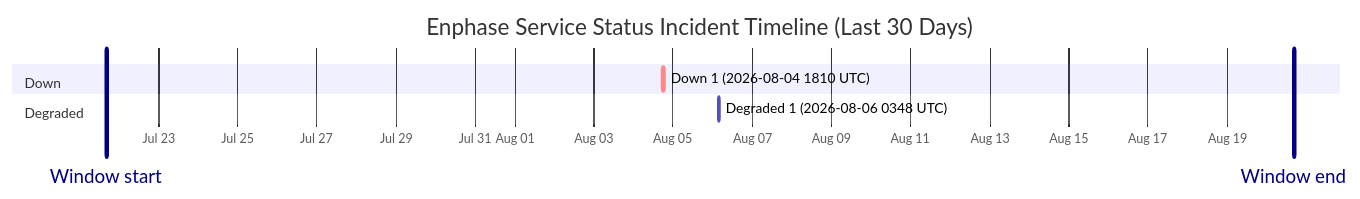
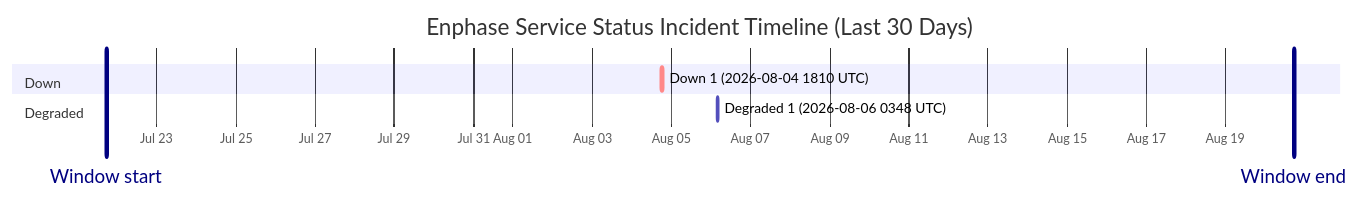
The diagram in wiki/Service-Status-History.md (barneyonline/ha-enphase-energy), drawn with Mermaid before and after one commit. The commit also changed other lines of this file and 3 other files, not shown here.

````diff
--- a/wiki/Service-Status-History.md
+++ b/wiki/Service-Status-History.md
@@ -14,12 +14,12 @@
 ```mermaid
 gantt
     title Enphase Service Status Incident Timeline (Last 30 Days)
     dateFormat  YYYY-MM-DDTHH:mm:ss
     axisFormat  %b %d
-    Window start :vert, window-start, 2026-07-21T16:32:34, 0ms
-    Window end :vert, window-end, 2026-08-20T16:32:34, 0ms
+    Window start :vert, window-start, 2026-07-21T17:26:14, 0ms
+    Window end :vert, window-end, 2026-08-20T17:26:14, 0ms
     section Down
     Down 1 (2026-08-04 1810 UTC) :crit, down-1, 2026-08-04T18:10:46, 60m
     section Degraded
     Degraded 1 (2026-08-06 0348 UTC) :active, degraded-1, 2026-08-06T03:48:14, 60m
 ```
````
